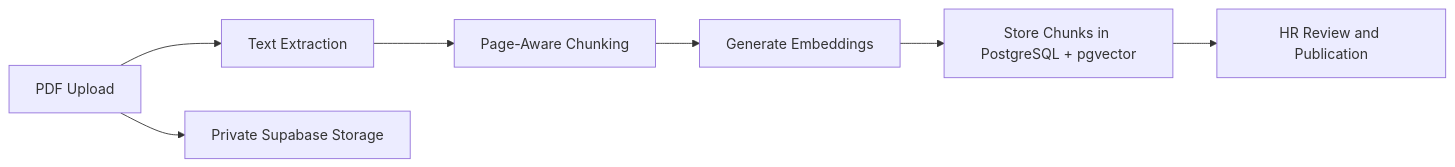
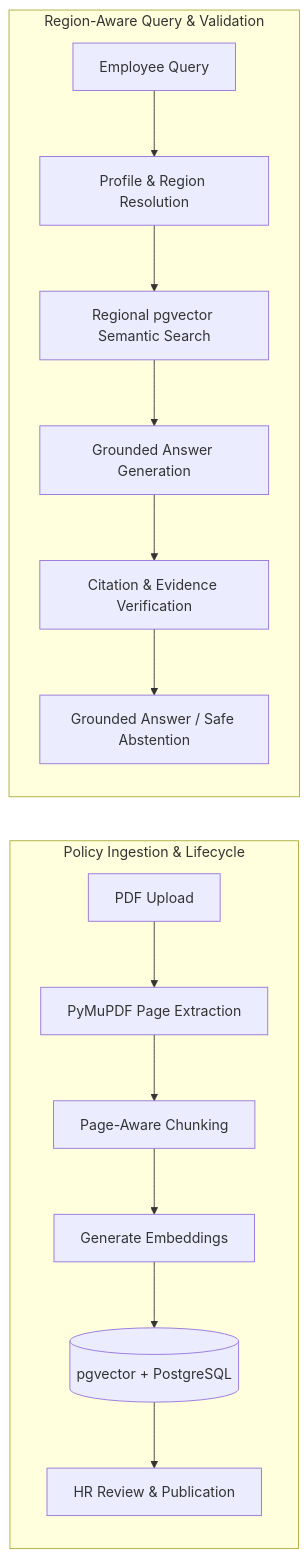
One commit to nidhi041/PolicyPilot changed the second of 2 diagrams in Readme.md. Above: the diagram before and after it, drawn with Mermaid. The commit also changed other lines of this file and 1 other file, not shown here.

Commit message:
docs: finalize architecture, workflows, setup, and deployment in README

````diff
--- a/Readme.md
+++ b/Readme.md
@@ -51,9 +30,17 @@
 ```mermaid
 flowchart LR
-    A[PDF Upload] --> B[Text Extraction]
-    B --> C[Page-Aware Chunking]
-    C --> D[Generate Embeddings]
-    D --> E[Store Chunks in PostgreSQL + pgvector]
-    A --> F[Private Supabase Storage]
-    E --> G[HR Review and Publication]
+    subgraph Ingestion [Policy Ingestion & Lifecycle]
+        PDF[PDF Upload] --> Extract[PyMuPDF Page Extraction]
+        Extract --> Chunk[Page-Aware Chunking]
+        Chunk --> Embeddings[Generate Embeddings]
+        Embeddings --> Store[(pgvector + PostgreSQL)]
+        Store --> Review[HR Review & Publication]
+    end
+    subgraph Query [Region-Aware Query & Validation]
+        Question[Employee Query] --> AuthCheck[Profile & Region Resolution]
+        AuthCheck --> Search[Regional pgvector Semantic Search]
+        Search --> AnswerGen[Grounded Answer Generation]
+        AnswerGen --> Validate[Citation & Evidence Verification]
+        Validate --> Response[Grounded Answer / Safe Abstention]
+    end
 ```
````
